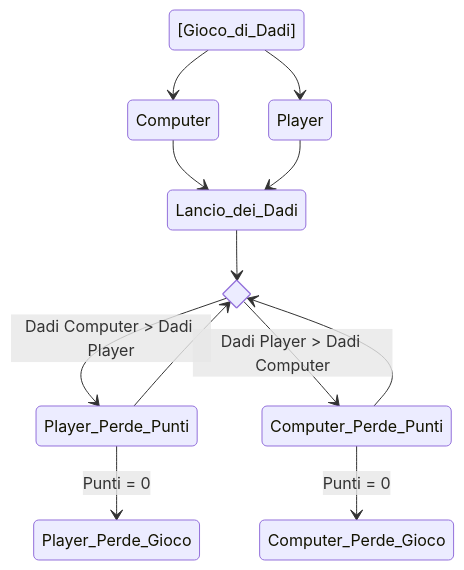
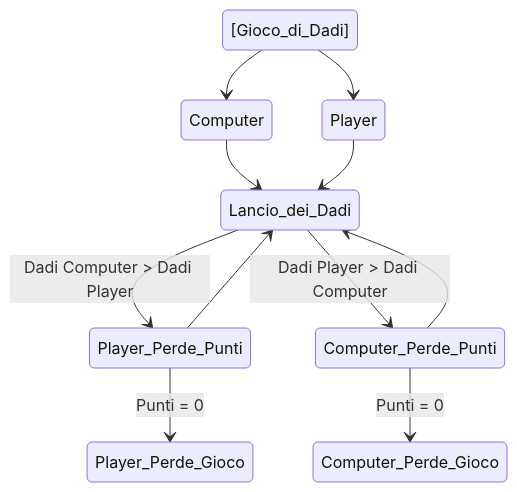
The diagram in 28-Gioco-di-Dadi/README.MD (Ginevra9684/dev1_2024), drawn with Mermaid before and after one commit. The commit also changed 13 other files, not shown here.

````diff
--- a/28-Gioco-di-Dadi/README.MD
+++ b/28-Gioco-di-Dadi/README.MD
@@ -22,16 +22,14 @@
 ```mermaid
 
 stateDiagram-v2
-    state if_state <<choice>>
     [Gioco_di_Dadi] --> Computer
     [Gioco_di_Dadi] --> Player
     Computer --> Lancio_dei_Dadi
     Player --> Lancio_dei_Dadi
-    Lancio_dei_Dadi --> if_state
-    if_state --> Player_Perde_Punti : Dadi Computer > Dadi Player
-    if_state --> Computer_Perde_Punti : Dadi Player > Dadi Computer
-    Player_Perde_Punti --> if_state
-    Computer_Perde_Punti --> if_state
+    Lancio_dei_Dadi --> Player_Perde_Punti : Dadi Computer > Dadi Player
+    Lancio_dei_Dadi --> Computer_Perde_Punti : Dadi Player > Dadi Computer
+    Player_Perde_Punti --> Lancio_dei_Dadi
+    Computer_Perde_Punti --> Lancio_dei_Dadi
     Player_Perde_Punti --> Player_Perde_Gioco : Punti = 0
     Computer_Perde_Punti --> Computer_Perde_Gioco : Punti = 0 
 ```
````
